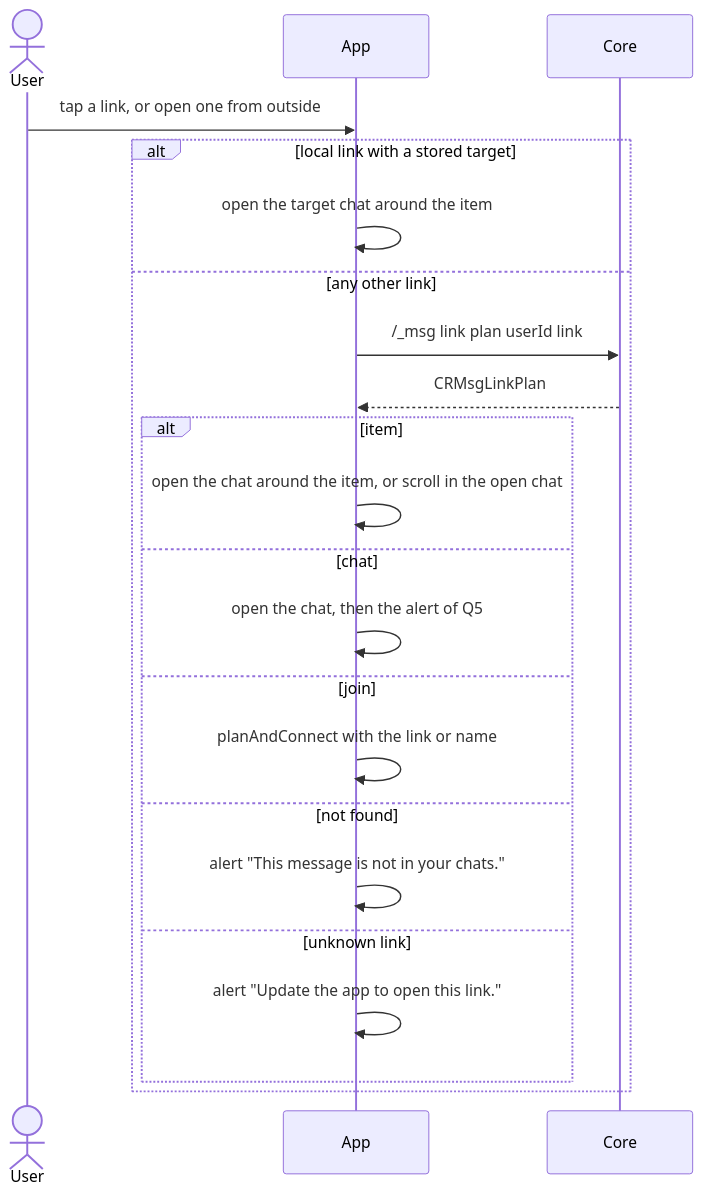
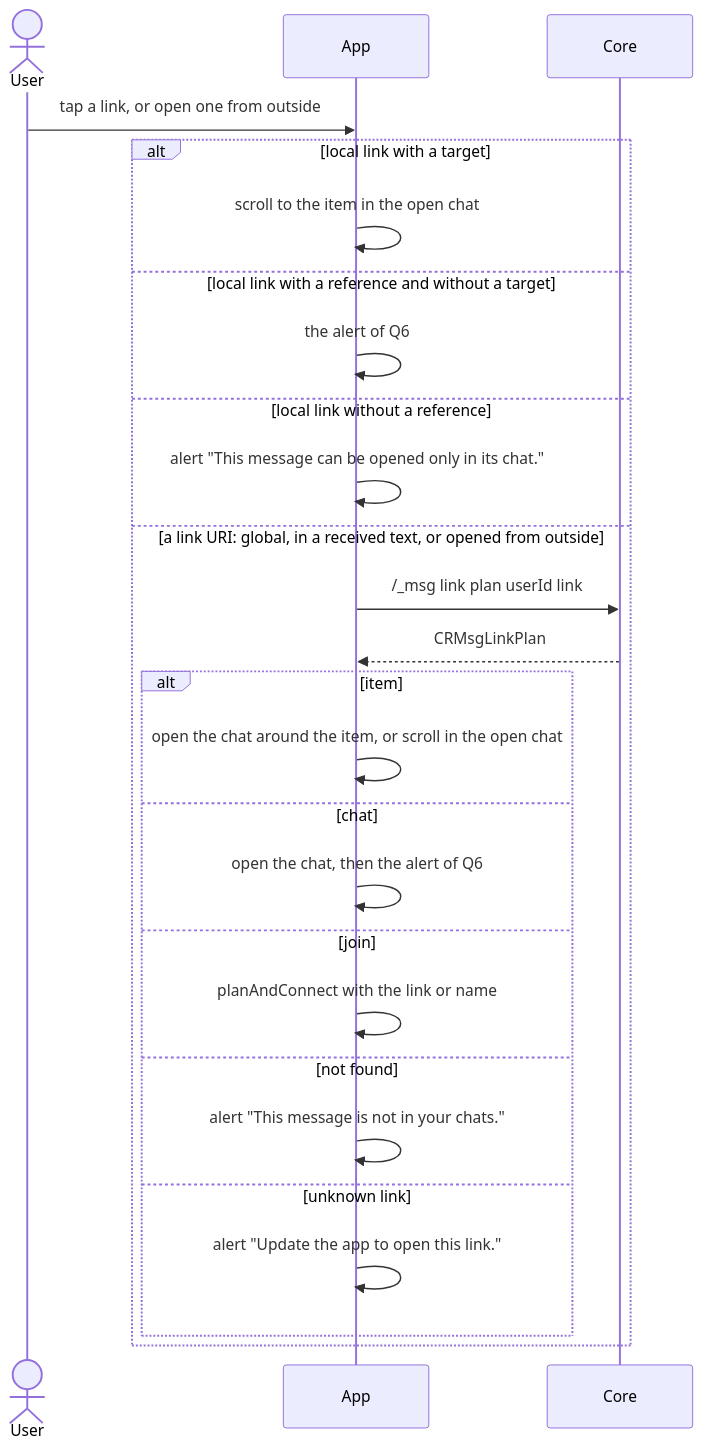
One commit to evgeny-simplex/simplex-chat changed the fifth of 6 diagrams in plans/2026-11-22-message-references.md. Above: the diagram before and after it, drawn with Mermaid. The commit also changed other lines of this file, not shown here.

Commit message:
core: plan short texts and same-chat references in link maps

````diff
--- a/plans/2026-11-22-message-references.md
+++ b/plans/2026-11-22-message-references.md
@@ -386,24 +438,28 @@
 ```mermaid
 sequenceDiagram
   actor U as User
   participant A as App
   participant C as Core
   U->>A: tap a link, or open one from outside
-  alt local link with a stored target
-    A->>A: open the target chat around the item
-  else any other link
+  alt local link with a target
+    A->>A: scroll to the item in the open chat
+  else local link with a reference and without a target
+    A->>A: the alert of Q6
+  else local link without a reference
+    A->>A: alert "This message can be opened only in its chat."
+  else a link URI: global, in a received text, or opened from outside
     A->>C: /_msg link plan userId link
     C-->>A: CRMsgLinkPlan
     alt item
       A->>A: open the chat around the item, or scroll in the open chat
     else chat
-      A->>A: open the chat, then the alert of Q5
+      A->>A: open the chat, then the alert of Q6
     else join
       A->>A: planAndConnect with the link or name
     else not found
       A->>A: alert "This message is not in your chats."
     else unknown link
       A->>A: alert "Update the app to open this link."
     end
   end
 ```
````
